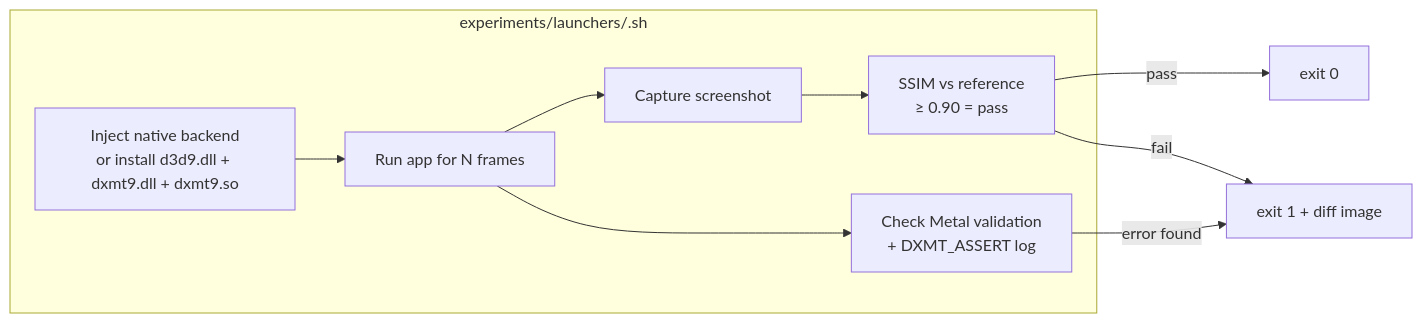
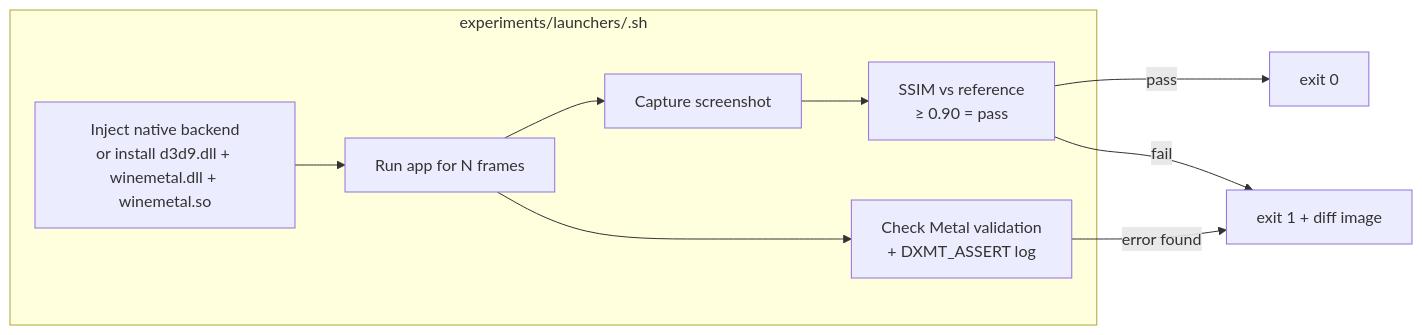
Before and after one commit to dfdgsdfg/dxmt9: the diagram in specs/experiments/design.md, drawn with Mermaid. The commit also changed other lines of this file and 6 other files, not shown here.

````diff
--- a/specs/experiments/design.md
+++ b/specs/experiments/design.md
@@ -14,16 +14,16 @@
 ```mermaid
 graph LR
     subgraph Launcher["experiments/launchers/<app>.sh"]
-        INJECT["Inject native backend\nor install d3d9.dll + dxmt9.dll + dxmt9.so"]
+        INJECT["Inject native backend\nor install d3d9.dll + winemetal.dll + winemetal.so"]
         RUN["Run app for N frames"]
         SHOT["Capture screenshot"]
         CMP["SSIM vs reference\n≥ 0.90 = pass"]
         LOG["Check Metal validation\n+ DXMT_ASSERT log"]
     end
 
     INJECT --> RUN --> SHOT --> CMP
     RUN --> LOG
     CMP -->|pass| EXIT0["exit 0"]
     CMP -->|fail| EXIT1["exit 1 + diff image"]
     LOG -->|error found| EXIT1
 ```
````
